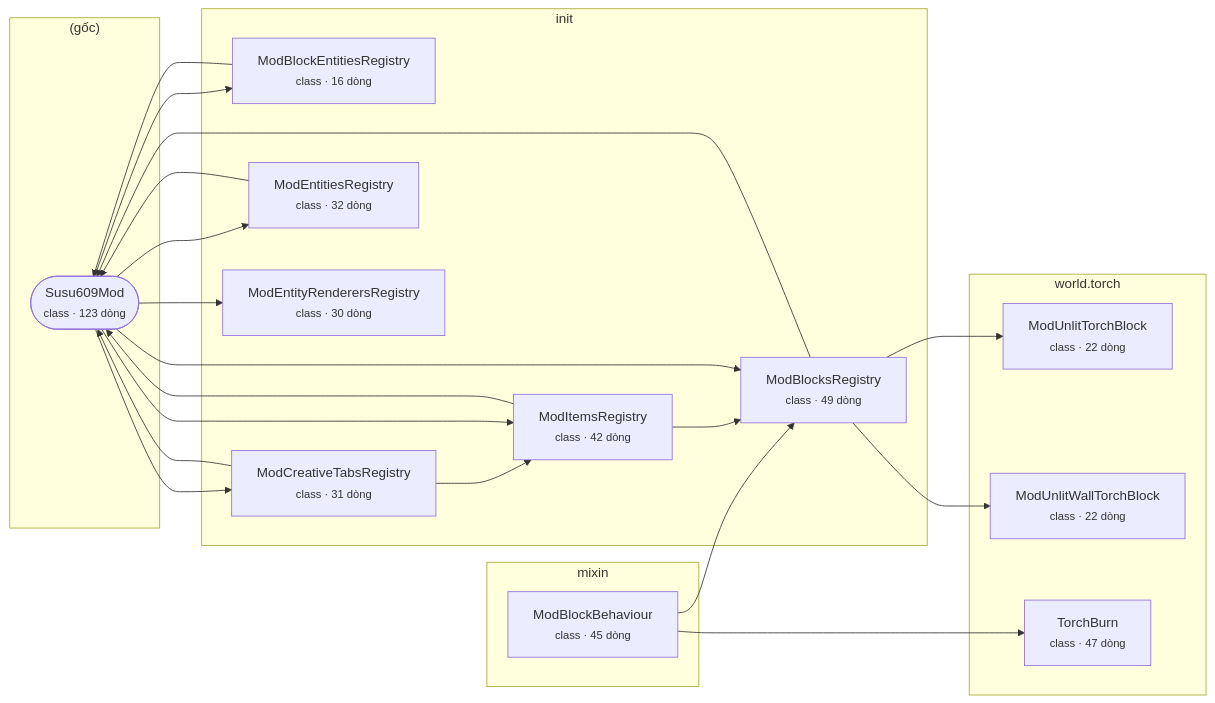
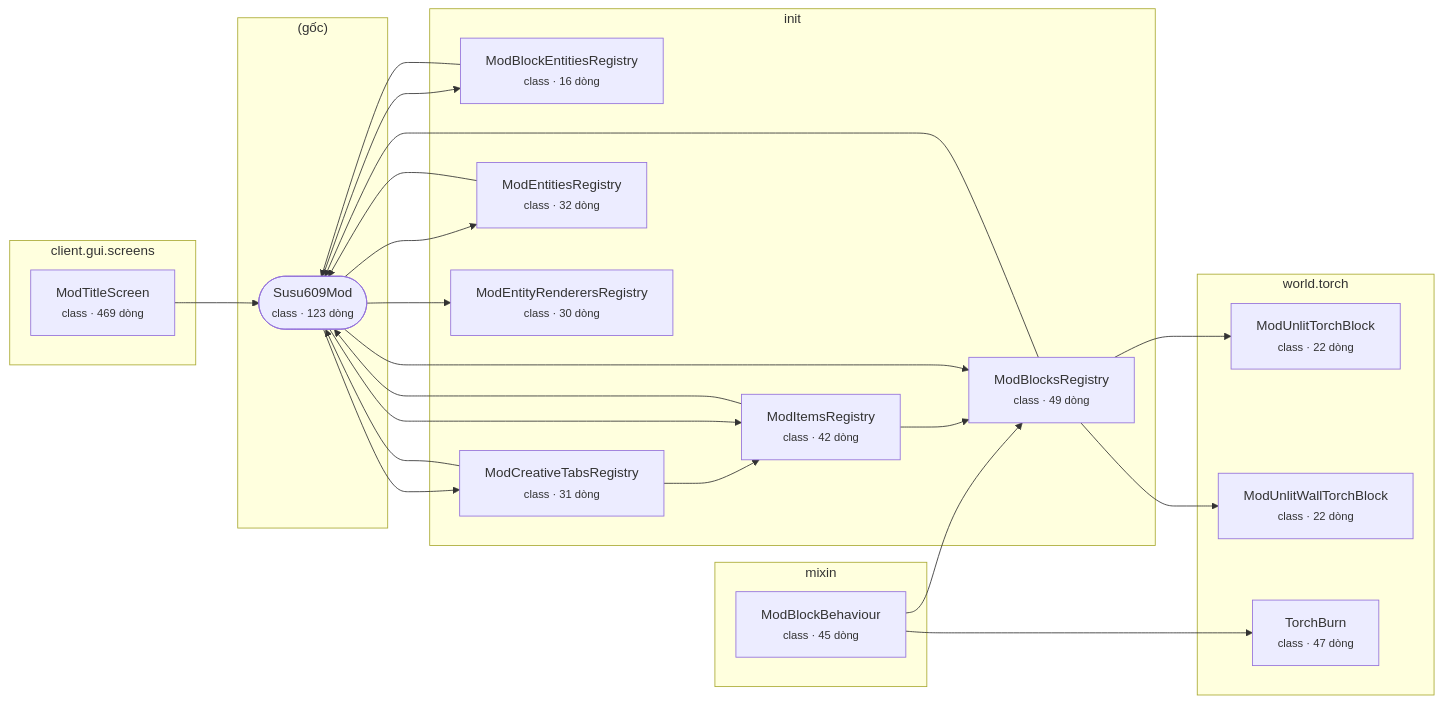
One commit to susu609/The8Dungeon changed the diagram in docs/ARCHITECTURE.md. Above: the diagram before and after it, drawn with Mermaid. The commit also changed other lines of this file, not shown here.

````diff
--- a/docs/ARCHITECTURE.md
+++ b/docs/ARCHITECTURE.md
@@ -10,39 +10,43 @@
 ```mermaid
 flowchart LR
   subgraph pkg__g_c_["(gốc)"]
     Susu609Mod(["Susu609Mod<br/><small>class · 123 dòng</small>"])
+  end
+  subgraph pkg_client_gui_screens["client.gui.screens"]
+    ModTitleScreen["ModTitleScreen<br/><small>class · 469 dòng</small>"]
   end
   subgraph pkg_init["init"]
     ModBlockEntitiesRegistry["ModBlockEntitiesRegistry<br/><small>class · 16 dòng</small>"]
     ModBlocksRegistry["ModBlocksRegistry<br/><small>class · 49 dòng</small>"]
     ModCreativeTabsRegistry["ModCreativeTabsRegistry<br/><small>class · 31 dòng</small>"]
     ModEntitiesRegistry["ModEntitiesRegistry<br/><small>class · 32 dòng</small>"]
     ModEntityRenderersRegistry["ModEntityRenderersRegistry<br/><small>class · 30 dòng</small>"]
     ModItemsRegistry["ModItemsRegistry<br/><small>class · 42 dòng</small>"]
   end
   subgraph pkg_mixin["mixin"]
     ModBlockBehaviour["ModBlockBehaviour<br/><small>class · 45 dòng</small>"]
   end
   subgraph pkg_world_torch["world.torch"]
     ModUnlitTorchBlock["ModUnlitTorchBlock<br/><small>class · 22 dòng</small>"]
     ModUnlitWallTorchBlock["ModUnlitWallTorchBlock<br/><small>class · 22 dòng</small>"]
     TorchBurn["TorchBurn<br/><small>class · 47 dòng</small>"]
   end
   ModBlockBehaviour --> ModBlocksRegistry
   ModBlockBehaviour --> TorchBurn
   ModBlockEntitiesRegistry --> Susu609Mod
   ModBlocksRegistry --> ModUnlitTorchBlock
   ModBlocksRegistry --> ModUnlitWallTorchBlock
   ModBlocksRegistry --> Susu609Mod
   ModCreativeTabsRegistry --> ModItemsRegistry
   ModCreativeTabsRegistry --> Susu609Mod
   ModEntitiesRegistry --> Susu609Mod
   ModItemsRegistry --> ModBlocksRegistry
   ModItemsRegistry --> Susu609Mod
+  ModTitleScreen --> Susu609Mod
   Susu609Mod --> ModBlockEntitiesRegistry
   Susu609Mod --> ModBlocksRegistry
   Susu609Mod --> ModCreativeTabsRegistry
   Susu609Mod --> ModEntitiesRegistry
   Susu609Mod --> ModEntityRenderersRegistry
   Susu609Mod --> ModItemsRegistry
 ```
````
